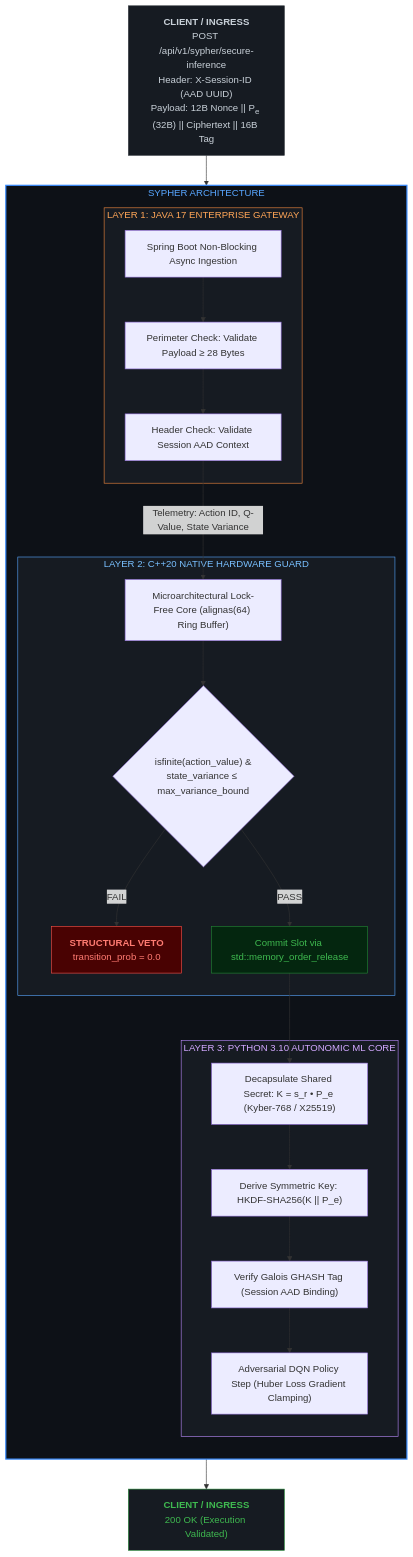
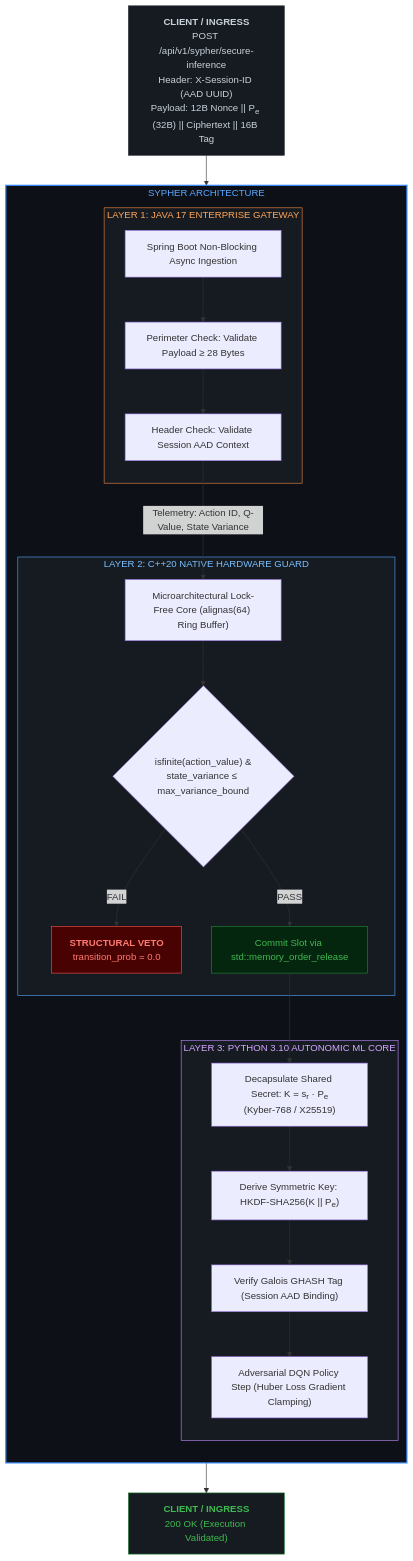
Before and after one commit to BArianlou/sypher-pqc-framework: the diagram in README.md, drawn with Mermaid. The commit also changed other lines of this file, not shown here.

````diff
--- a/README.md
+++ b/README.md
@@ -68,52 +70,52 @@
 ```mermaid
 graph TD
     Client["<b>CLIENT / INGRESS</b><br/>POST /api/v1/sypher/secure-inference<br/>Header: X-Session-ID (AAD UUID)<br/>Payload: 12B Nonce || P<sub>e</sub> (32B) || Ciphertext || 16B Tag"]
 
     subgraph Sypher["SYPHER ARCHITECTURE"]
         direction TB
 
         subgraph L1["LAYER 1: JAVA 17 ENTERPRISE GATEWAY"]
             A1["Spring Boot Non-Blocking Async Ingestion"]
             A2["Perimeter Check: Validate Payload &ge; 28 Bytes"]
             A3["Header Check: Validate Session AAD Context"]
             A1 --> A2 --> A3
         end
 
         subgraph L2["LAYER 2: C++20 NATIVE HARDWARE GUARD"]
             B1["Microarchitectural Lock-Free Core (alignas(64) Ring Buffer)"]
             B2{"isfinite(action_value) &amp;<br/>state_variance &le; max_variance_bound"}
             B_Veto["<b>STRUCTURAL VETO</b><br/>transition_prob = 0.0"]
             B_Pass["Commit Slot via std::memory_order_release"]
 
             B1 --> B2
             B2 -- FAIL --> B_Veto
             B2 -- PASS --> B_Pass
         end
 
         subgraph L3["LAYER 3: PYTHON 3.10 AUTONOMIC ML CORE"]
-            C1["Decapsulate Shared Secret: K = s_r &bull; P_e (Kyber-768 / X25519)"]
-            C2["Derive Symmetric Key: HKDF-SHA256(K || P_e)"]
+            C1["Decapsulate Shared Secret: K = s<sub>r</sub> · P<sub>e</sub><br/>(Kyber-768 / X25519)"]
+            C2["Derive Symmetric Key: HKDF-SHA256(K || P<sub>e</sub>)"]
             C3["Verify Galois GHASH Tag (Session AAD Binding)"]
             C4["Adversarial DQN Policy Step (Huber Loss Gradient Clamping)"]
 
             C1 --> C2 --> C3 --> C4
         end
 
         A3 -- "Telemetry: Action ID, Q-Value, State Variance" --> B1
         B_Pass --> C1
     end
 
     Validated["<b>CLIENT / INGRESS</b><br/>200 OK (Execution Validated)"]
 
     Client --> A1
     C4 --> Validated
 
     style Client fill:#161b22,stroke:#30363d,stroke-width:1px,color:#c9d1d9
     style Validated fill:#161b22,stroke:#238636,stroke-width:1px,color:#3fb950
     style Sypher fill:#0d1117,stroke:#388bfd,stroke-width:2px,color:#58a6ff
     style L1 fill:#161b22,stroke:#f0883e,stroke-width:1px,color:#ffa657
     style L2 fill:#161b22,stroke:#58a6ff,stroke-width:1px,color:#79c0ff
     style L3 fill:#161b22,stroke:#bc8cff,stroke-width:1px,color:#d2a8ff
     style B_Veto fill:#490202,stroke:#f85149,stroke-width:1px,color:#ff7b72
     style B_Pass fill:#04260f,stroke:#238636,stroke-width:1px,color:#3fb950
 ```
````
